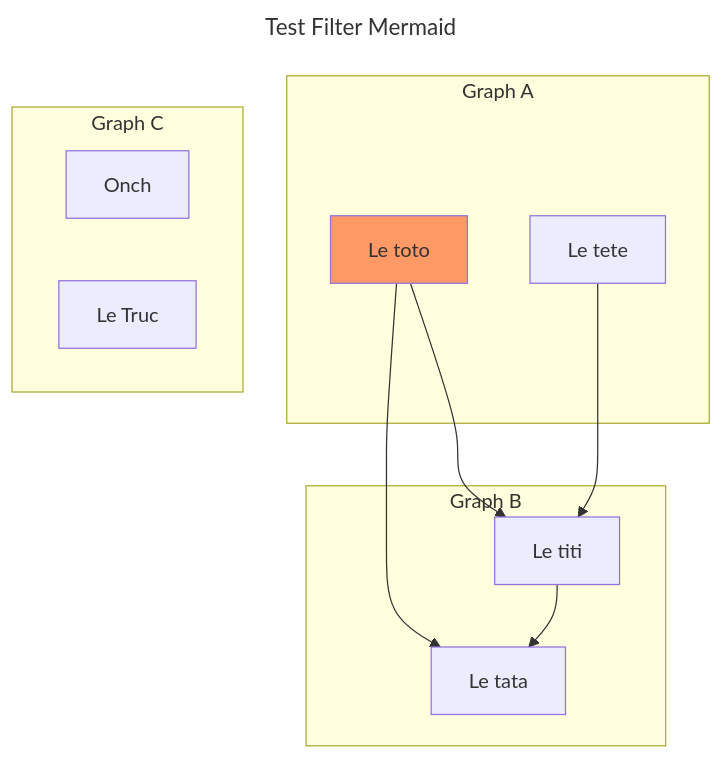
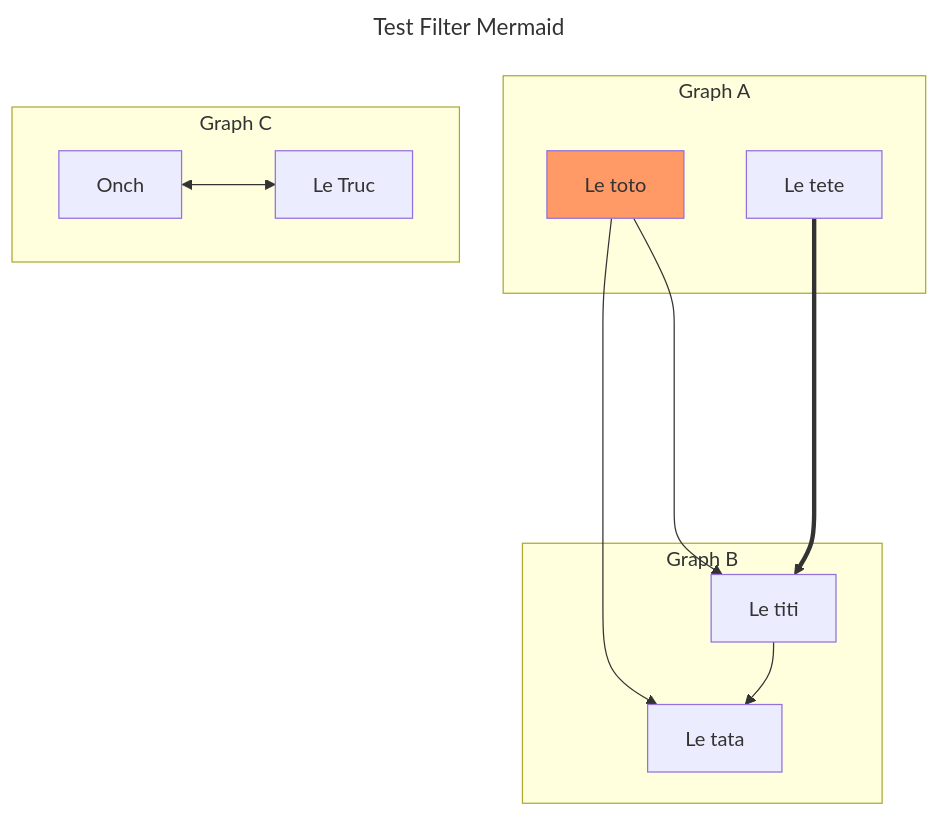
Before and after one commit to lucascloarec/mermaid-filter: the diagram in diagram.mmd, drawn with Mermaid. The commit also changed 1 other file, not shown here.

```diff
--- a/diagram.mmd
+++ b/diagram.mmd
@@ -1,28 +1,29 @@
 ---
 title: Test Filter Mermaid
 ---
 flowchart TD
 
     classDef orange fill:#f96
 
 
     subgraph A["Graph A"]
         toto[Le toto]
         tete[Le tete]
     end
     class toto orange
 
     subgraph B["Graph B"]
         tata[Le tata]
         titi[Le titi]
     end
 
     subgraph C["Graph C"]
         onch[Onch]
         truc[Le Truc]
     end
 
     toto --> tata
     toto --> titi
     titi --> tata
-    tete --> titi
+    tete =====> titi
+    onch <--> truc
```
